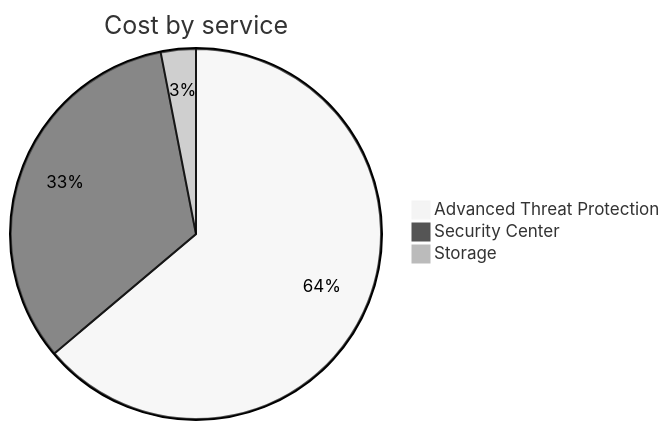
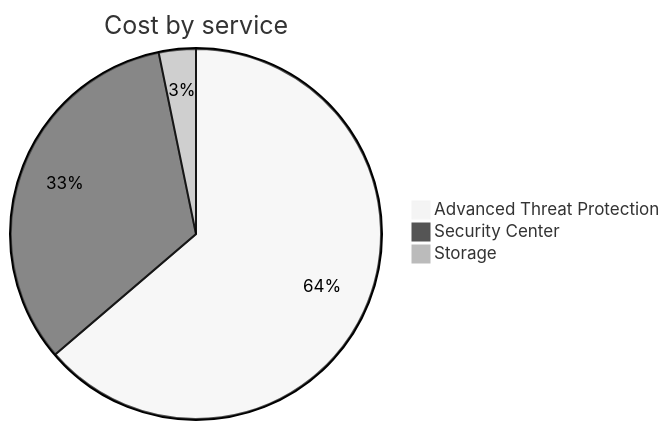
Before and after one commit to jpfulton/azure-personal-reports: the second of 4 diagrams in cost-reports/cloud-shell-storage-eastus/README.md, drawn with Mermaid (neutral theme). The commit also changed other lines of this file and 1 other file, not shown here.

````diff
--- a/cost-reports/cloud-shell-storage-eastus/README.md
+++ b/cost-reports/cloud-shell-storage-eastus/README.md
@@ -95,7 +95,7 @@
 ```mermaid
 pie
    title Cost by service
    "Advanced Threat Protection" : 3.55
    "Security Center" : 1.84
-   "Storage" : 0.17
+   "Storage" : 0.18
 ```
````
